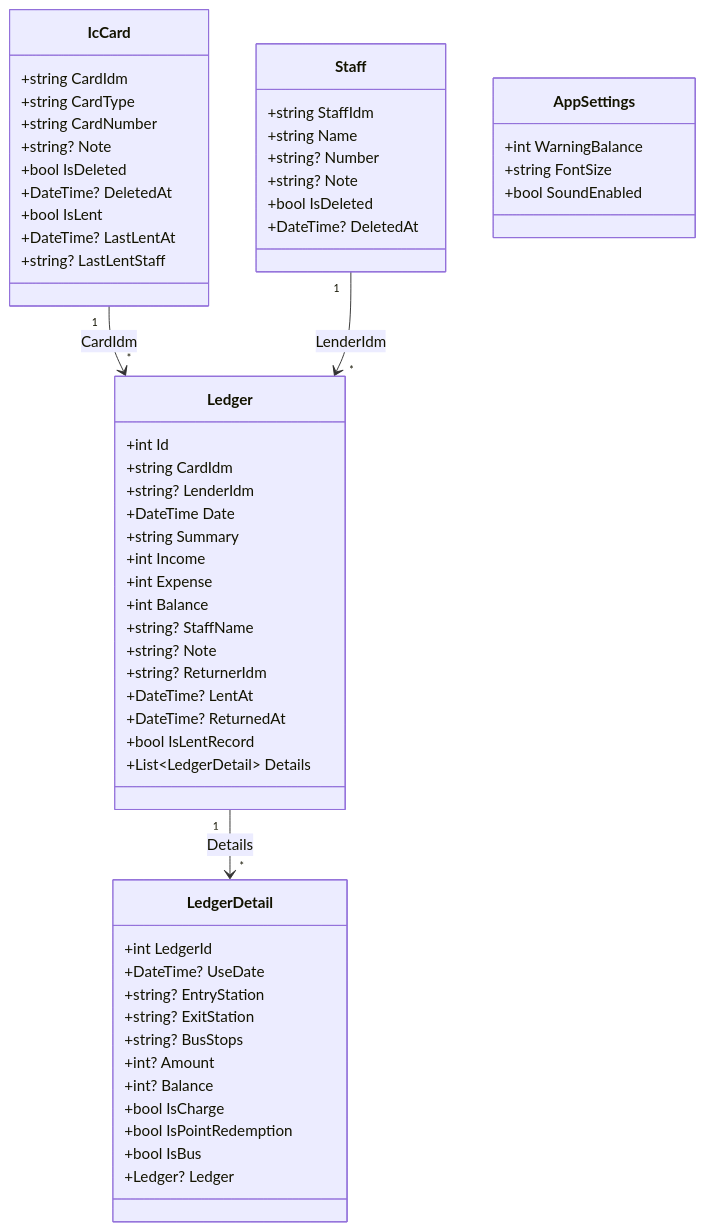
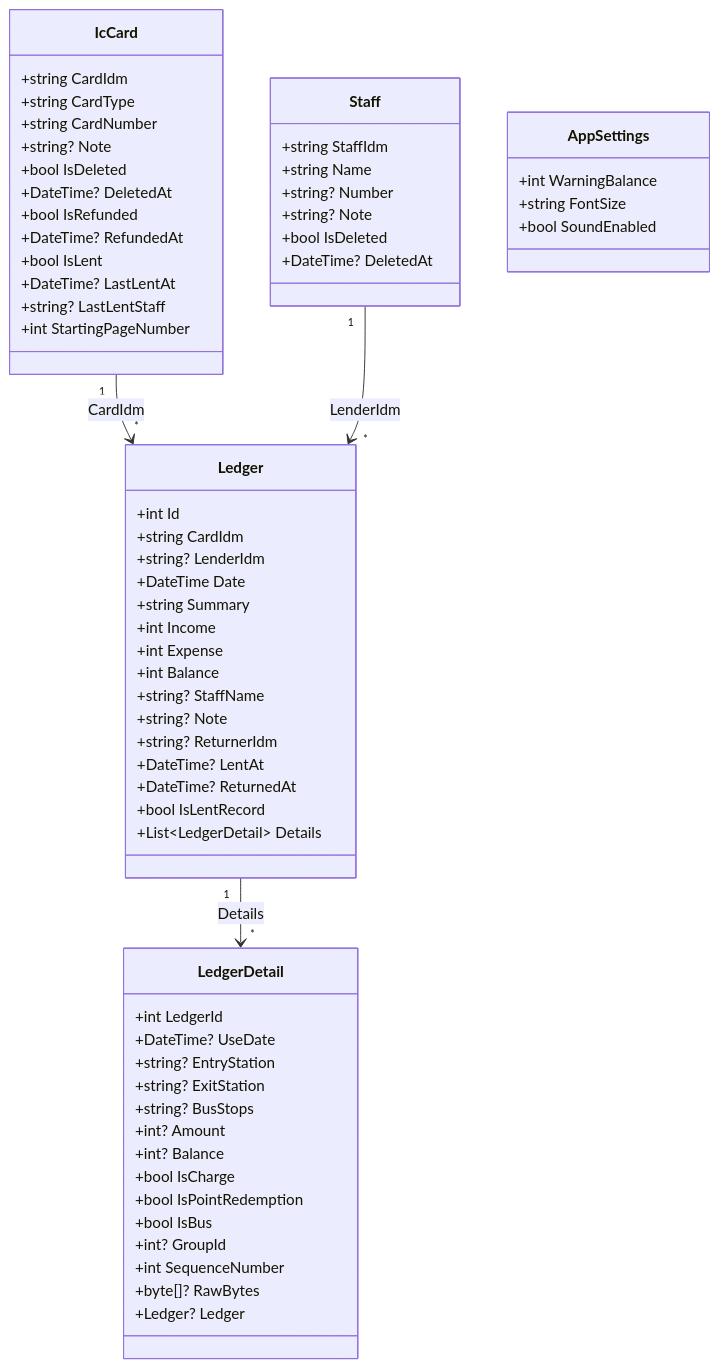
The first of 21 diagrams in ICCardManager/docs/design/05_クラス設計書.md (kuwayamamasayuki/ICCardManager), drawn with Mermaid before and after one commit.

Commit message:
docs: クラス設計書のモデルに新規プロパティを追加（#575）
IcCardモデルにIsRefunded, RefundedAt, StartingPageNumberを、
LedgerDetailモデルにGroupId, SequenceNumber, RawBytesを追記。

````diff
--- a/ICCardManager/docs/design/05_クラス設計書.md
+++ b/ICCardManager/docs/design/05_クラス設計書.md
@@ -5,67 +5,73 @@
 ```mermaid
 classDiagram
     %% Models
     class Staff {
         +string StaffIdm
         +string Name
         +string? Number
         +string? Note
         +bool IsDeleted
         +DateTime? DeletedAt
     }
 
     class IcCard {
         +string CardIdm
         +string CardType
         +string CardNumber
         +string? Note
         +bool IsDeleted
         +DateTime? DeletedAt
+        +bool IsRefunded
+        +DateTime? RefundedAt
         +bool IsLent
         +DateTime? LastLentAt
         +string? LastLentStaff
+        +int StartingPageNumber
     }
 
     class Ledger {
         +int Id
         +string CardIdm
         +string? LenderIdm
         +DateTime Date
         +string Summary
         +int Income
         +int Expense
         +int Balance
         +string? StaffName
         +string? Note
         +string? ReturnerIdm
         +DateTime? LentAt
         +DateTime? ReturnedAt
         +bool IsLentRecord
         +List~LedgerDetail~ Details
     }
 
     class LedgerDetail {
         +int LedgerId
         +DateTime? UseDate
         +string? EntryStation
         +string? ExitStation
         +string? BusStops
         +int? Amount
         +int? Balance
         +bool IsCharge
         +bool IsPointRedemption
         +bool IsBus
+        +int? GroupId
+        +int SequenceNumber
+        +byte[]? RawBytes
         +Ledger? Ledger
     }
 
     class AppSettings {
         +int WarningBalance
         +string FontSize
         +bool SoundEnabled
     }
 
     %% Relationships
     Ledger "1" --> "*" LedgerDetail : Details
     IcCard "1" --> "*" Ledger : CardIdm
     Staff "1" --> "*" Ledger : LenderIdm
 ```
````
